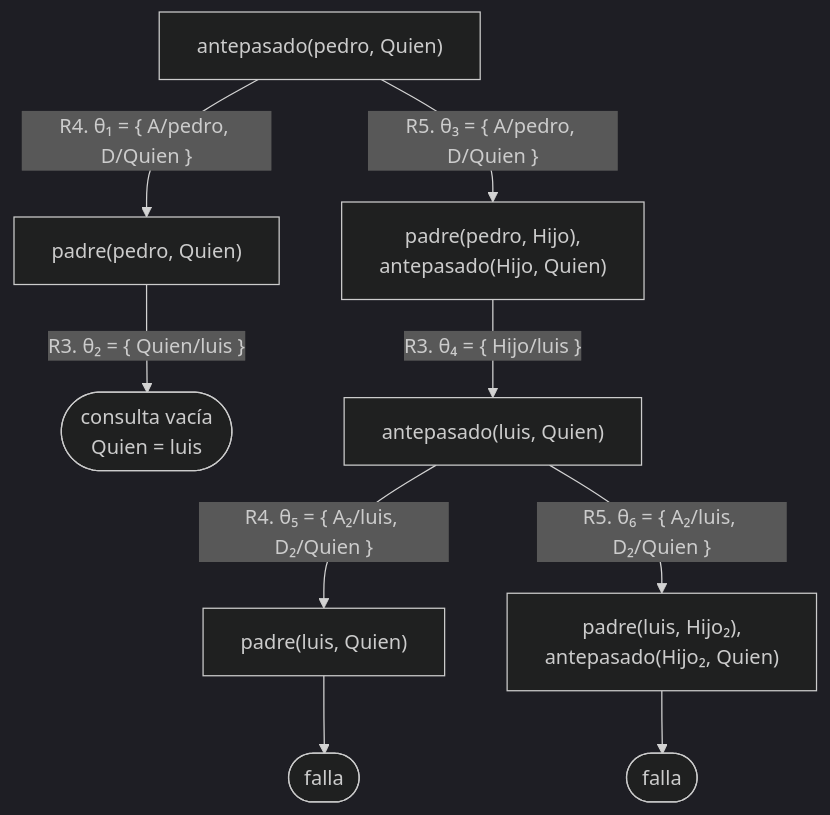
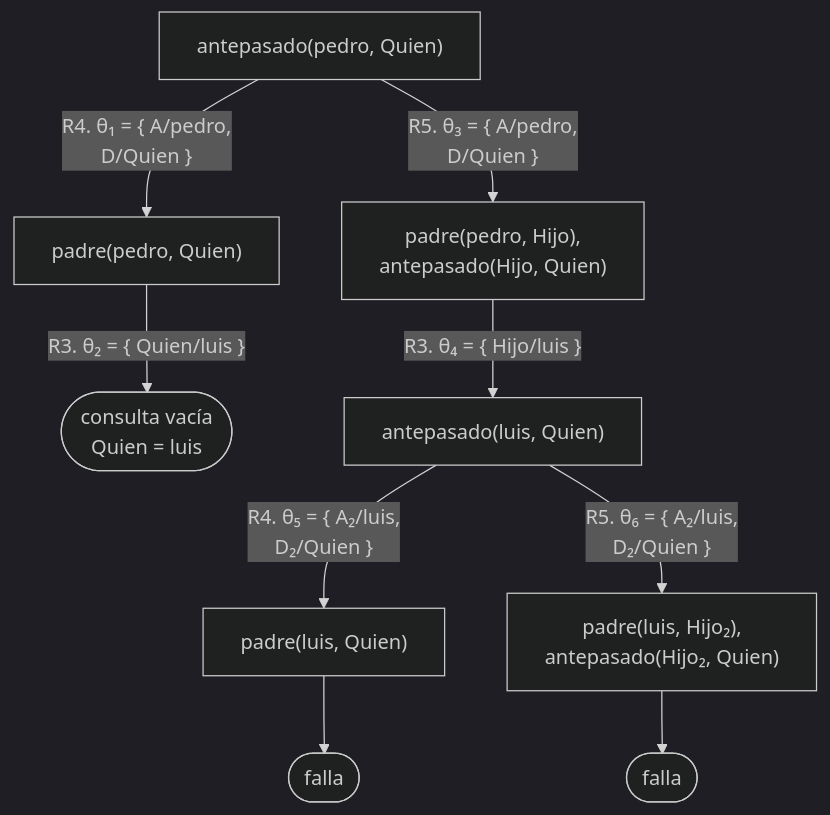
The second of 10 diagrams in docs/capitulo-05-como-responde-prolog/soluciones.md (CesarBallardini/curso-de-prolog), drawn with Mermaid (dark theme) before and after one commit. The commit also changed other lines of this file and 24 other files, not shown here.

First line of the commit message:
feat(docs): botones para ocultar las columnas laterales y etiquetas cortas en los diagramas

````diff
--- a/docs/capitulo-05-como-responde-prolog/soluciones.md
+++ b/docs/capitulo-05-como-responde-prolog/soluciones.md
@@ -35,11 +35,11 @@
 ```mermaid
 flowchart TD
-    A["antepasado(pedro, Quien)"] -- "R4. θ₁ = {&nbsp;A/pedro, D/Quien&nbsp;}" --> B["padre(pedro, Quien)"]
-    A -- "R5. θ₃ = {&nbsp;A/pedro, D/Quien&nbsp;}" --> C["padre(pedro, Hijo),<br/>antepasado(Hijo, Quien)"]
+    A["antepasado(pedro, Quien)"] -- "R4. θ₁ = {&nbsp;A/pedro,<br/>D/Quien&nbsp;}" --> B["padre(pedro, Quien)"]
+    A -- "R5. θ₃ = {&nbsp;A/pedro,<br/>D/Quien&nbsp;}" --> C["padre(pedro, Hijo),<br/>antepasado(Hijo, Quien)"]
     B -- "R3. θ₂ = {&nbsp;Quien/luis&nbsp;}" --> D(["consulta vacía<br/>Quien = luis"])
     C -- "R3. θ₄ = {&nbsp;Hijo/luis&nbsp;}" --> E["antepasado(luis, Quien)"]
-    E -- "R4. θ₅ = {&nbsp;A₂/luis, D₂/Quien&nbsp;}" --> E1["padre(luis, Quien)"]
-    E -- "R5. θ₆ = {&nbsp;A₂/luis, D₂/Quien&nbsp;}" --> E2["padre(luis, Hijo₂),<br/>antepasado(Hijo₂, Quien)"]
+    E -- "R4. θ₅ = {&nbsp;A₂/luis,<br/>D₂/Quien&nbsp;}" --> E1["padre(luis, Quien)"]
+    E -- "R5. θ₆ = {&nbsp;A₂/luis,<br/>D₂/Quien&nbsp;}" --> E2["padre(luis, Hijo₂),<br/>antepasado(Hijo₂, Quien)"]
     E1 --> F1(["falla"])
     E2 --> F2(["falla"])
 ```
````
